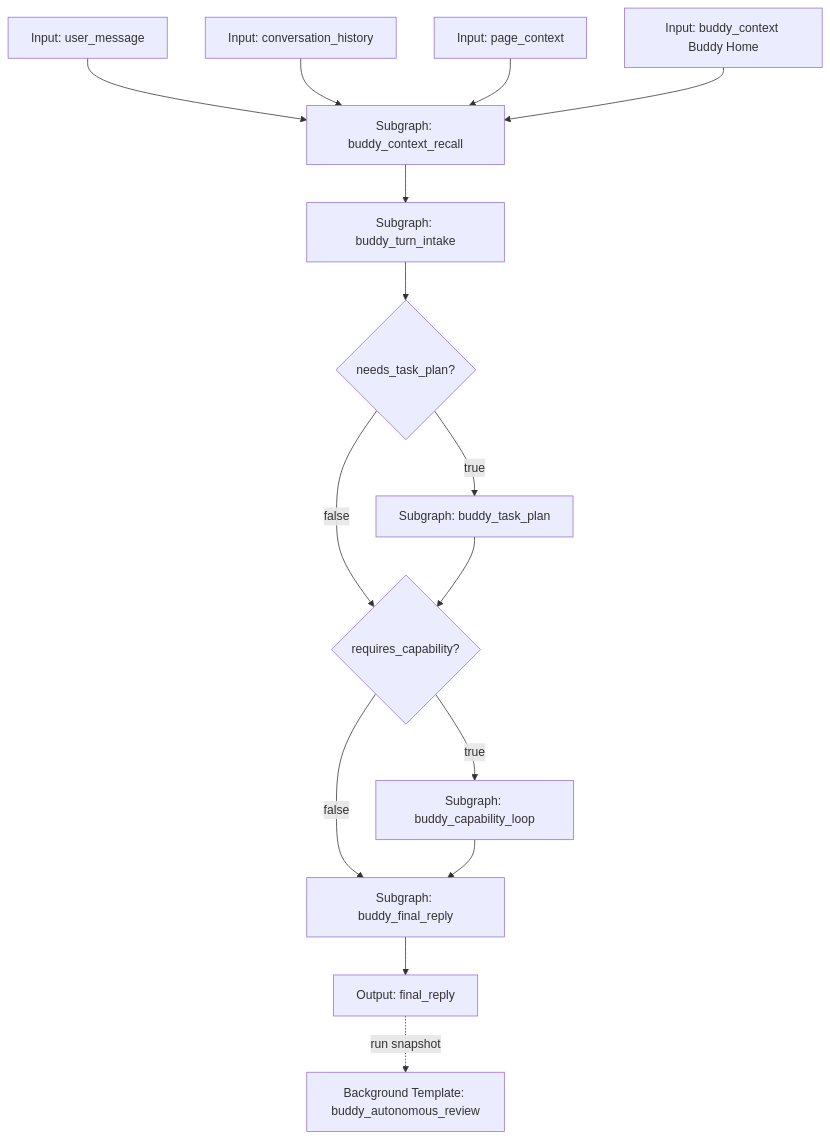
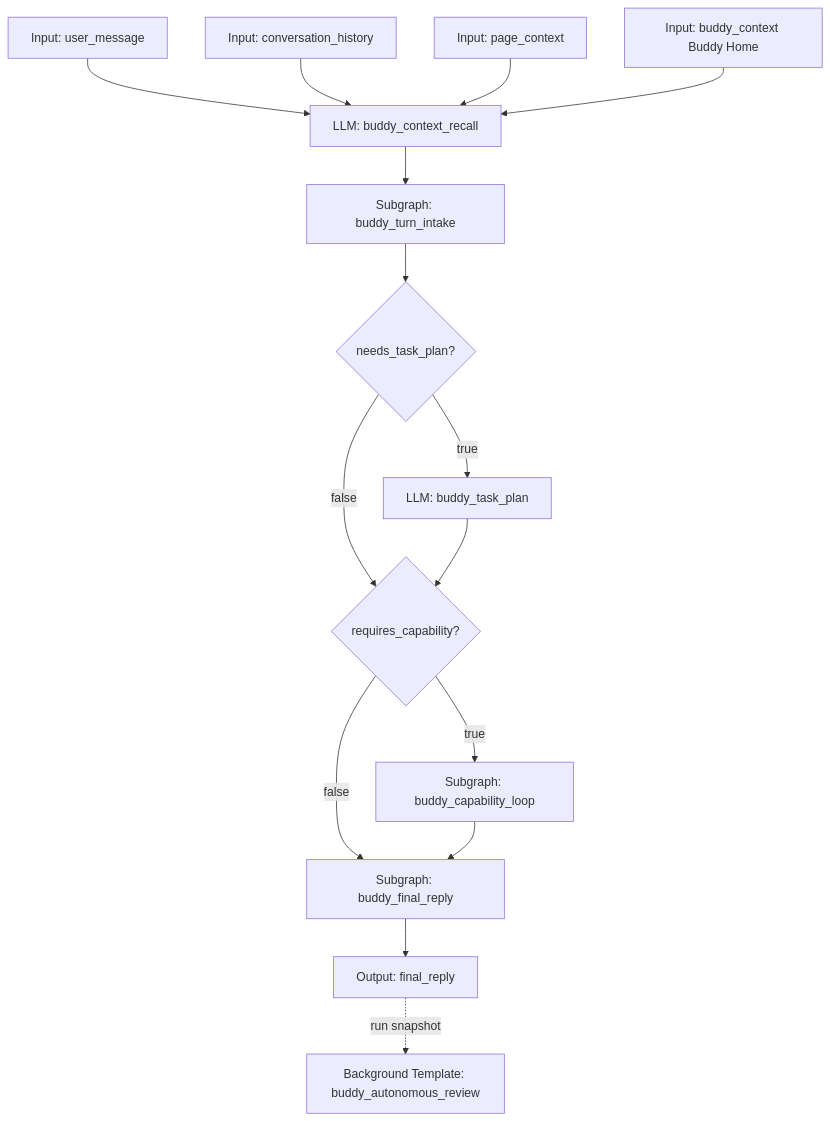
The first of 7 diagrams in docs/future/buddy-autonomous-agent-roadmap.md (OoABYSSoO/TooGraph), drawn with Mermaid before and after one commit. The commit also changed other lines of this file and 7 other files, not shown here.

Commit message:
清理伙伴单节点子图布局

````diff
--- a/docs/future/buddy-autonomous-agent-roadmap.md
+++ b/docs/future/buddy-autonomous-agent-roadmap.md
@@ -94,18 +94,18 @@
 ```mermaid
 flowchart TD
-  U[Input: user_message] --> R[Subgraph: buddy_context_recall]
+  U[Input: user_message] --> R[LLM: buddy_context_recall]
   H[Input: conversation_history] --> R
   P[Input: page_context] --> R
   B[Input: buddy_context Buddy Home] --> R
 
   R --> I[Subgraph: buddy_turn_intake]
   I --> T{needs_task_plan?}
-  T -- true --> P0[Subgraph: buddy_task_plan]
+  T -- true --> P0[LLM: buddy_task_plan]
   T -- false --> C{requires_capability?}
   P0 --> C
   C -- false --> F[Subgraph: buddy_final_reply]
   C -- true --> L[Subgraph: buddy_capability_loop]
   L --> F
   F --> O[Output: final_reply]
   O -. run snapshot .-> BG[Background Template: buddy_autonomous_review]
 ```
````
